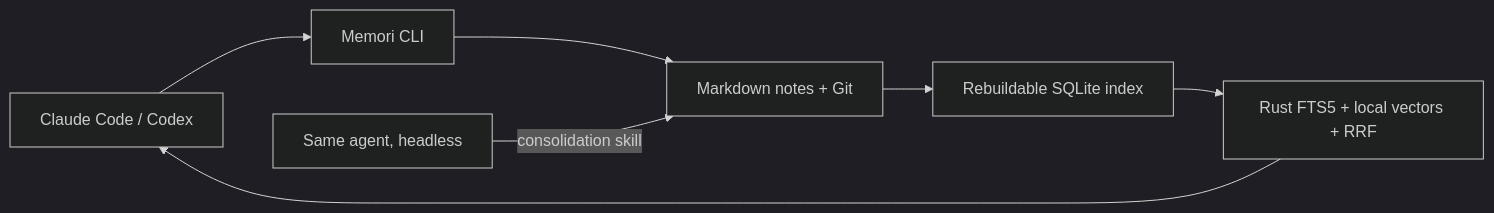
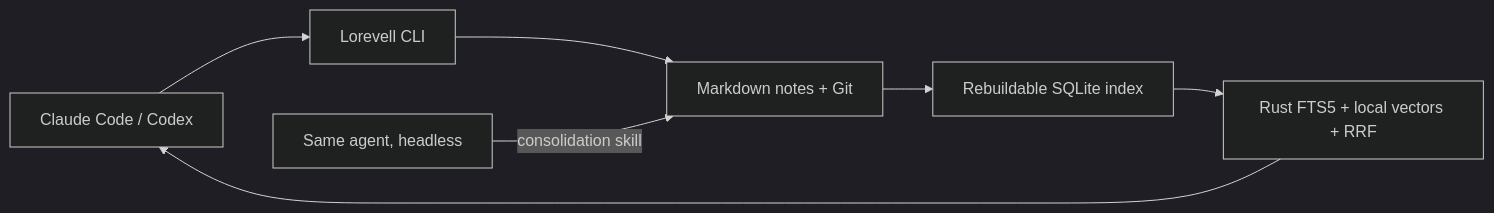
Before and after one commit to archit15singh/memori: the diagram in README.md, drawn with Mermaid (dark theme). The commit also changed other lines of this file and 89 other files, not shown here.

First line of the commit message:
feat(brand)!: rename Memori to Lorevell

````diff
--- a/README.md
+++ b/README.md
@@ -7,9 +9,9 @@
 ```mermaid
 flowchart LR
-    Agent[Claude Code / Codex] --> CLI[Memori CLI]
+    Agent[Claude Code / Codex] --> CLI[Lorevell CLI]
     CLI --> Vault[Markdown notes + Git]
     Vault --> Index[Rebuildable SQLite index]
     Index --> Search[Rust FTS5 + local vectors + RRF]
     Search --> Agent
     Dream[Same agent, headless] -->|consolidation skill| Vault
 ```
````
